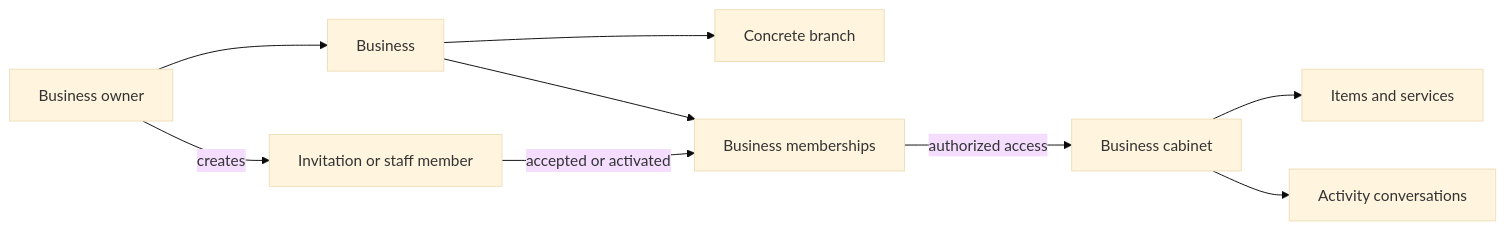
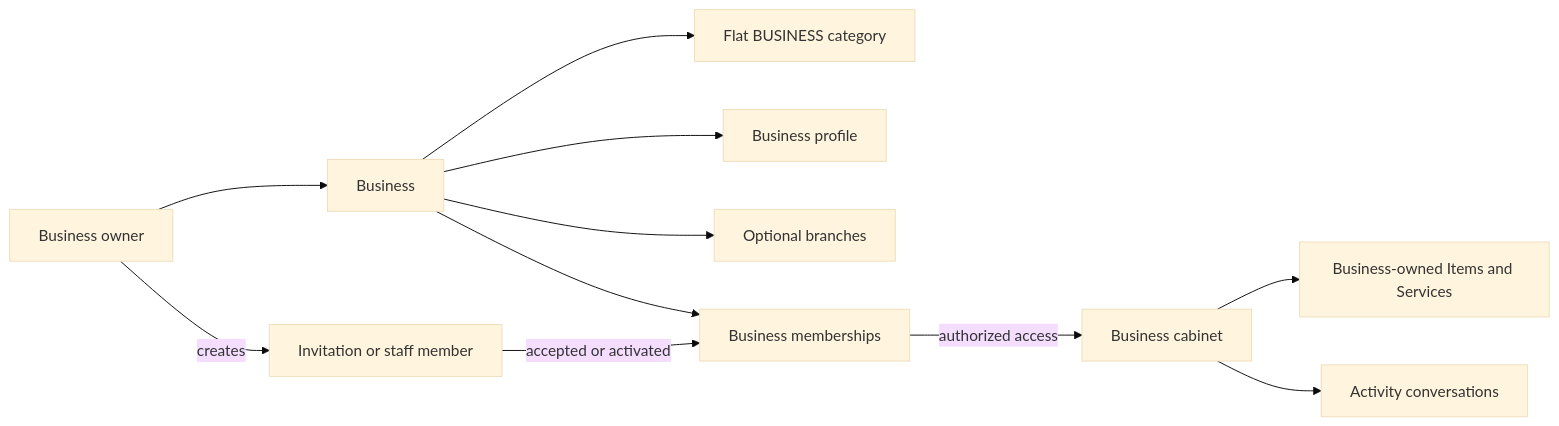
One commit to Siirio/AskBackend changed the diagram in AI_Knowledge/features/business/flow.md. Above: the diagram before and after it, drawn with Mermaid (base theme). The commit also changed other lines of this file and 397 other files, not shown here.

````diff
--- a/AI_Knowledge/features/business/flow.md
+++ b/AI_Knowledge/features/business/flow.md
@@ -3,11 +3,13 @@
 ```mermaid
 flowchart LR
     O[Business owner] --> B[Business]
-    B --> BR[Concrete branch]
+    B --> BC[Flat BUSINESS category]
+    B --> BP[Business profile]
+    B --> BR[Optional branches]
     B --> M[Business memberships]
     O -->|creates| I[Invitation or staff member]
     I -->|accepted or activated| M
     M -->|authorized access| C[Business cabinet]
-    C --> P[Items and services]
+    C --> P[Business-owned Items and Services]
     C --> A[Activity conversations]
 ```
````
